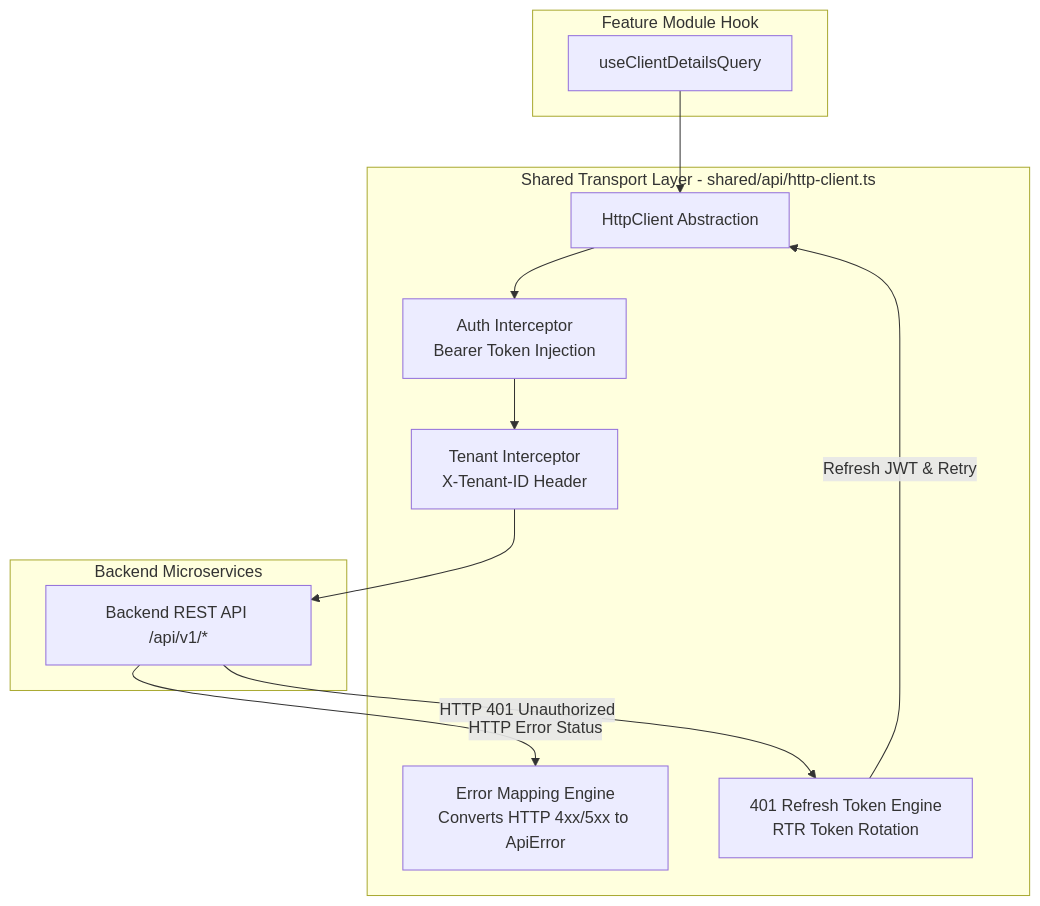
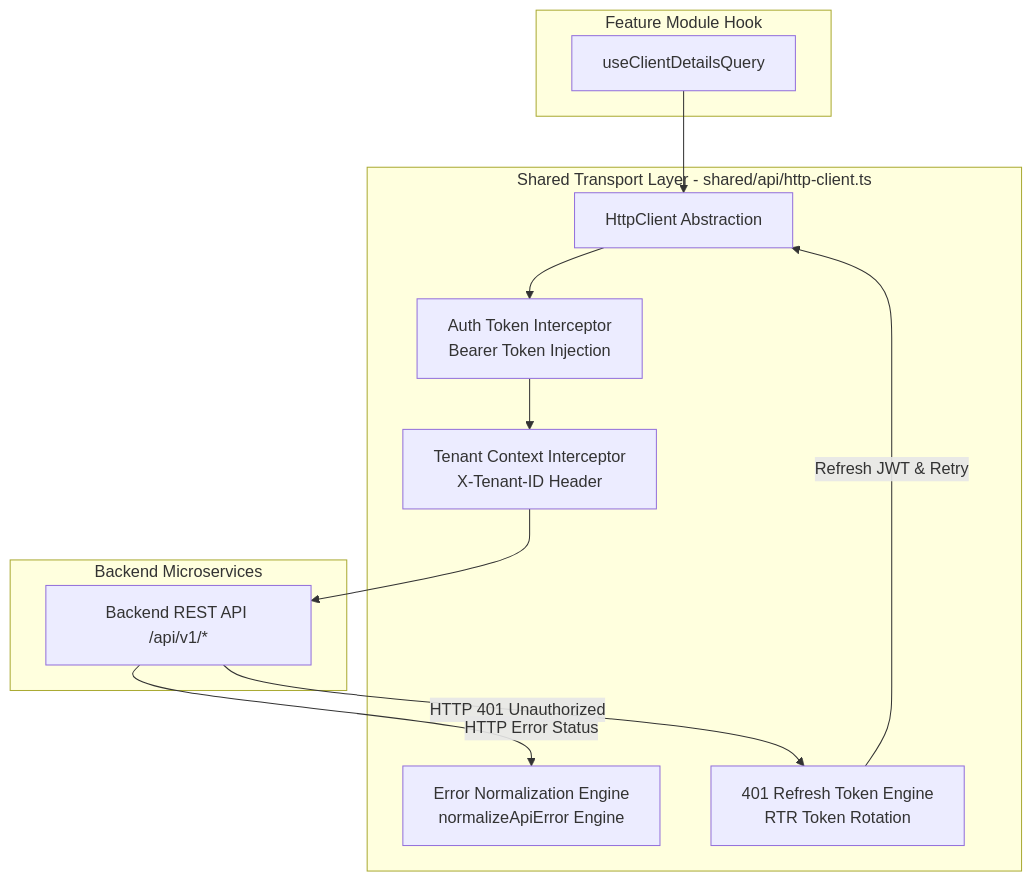
One commit to izzydin/kinergy-platform changed the first of 3 diagrams in docs/frontend/api.md. Above: the diagram before and after it, drawn with Mermaid. The commit also changed other lines of this file and 9 other files, not shown here.

````diff
--- a/docs/frontend/api.md
+++ b/docs/frontend/api.md
@@ -28,26 +28,26 @@
 ```mermaid
 graph TD
     subgraph Feature Module Hook
         HOOK[useClientDetailsQuery]
     end
 
     subgraph Shared Transport Layer - shared/api/http-client.ts
         HTTP[HttpClient Abstraction]
-        AUTH_INT[Auth Interceptor<br/>Bearer Token Injection]
-        TENANT_INT[Tenant Interceptor<br/>X-Tenant-ID Header]
-        ERROR_MAP[Error Mapping Engine<br/>Converts HTTP 4xx/5xx to ApiError]
+        AUTH_INT[Auth Token Interceptor<br/>Bearer Token Injection]
+        TENANT_INT[Tenant Context Interceptor<br/>X-Tenant-ID Header]
+        ERROR_MAP[Error Normalization Engine<br/>normalizeApiError Engine]
         REFRESH[401 Refresh Token Engine<br/>RTR Token Rotation]
     end
 
     subgraph Backend Microservices
         API[Backend REST API /api/v1/*]
     end
 
     HOOK --> HTTP
     HTTP --> AUTH_INT
     AUTH_INT --> TENANT_INT
     TENANT_INT --> API
     API -->|HTTP 401 Unauthorized| REFRESH
     REFRESH -->|Refresh JWT & Retry| HTTP
     API -->|HTTP Error Status| ERROR_MAP
 ```
````
